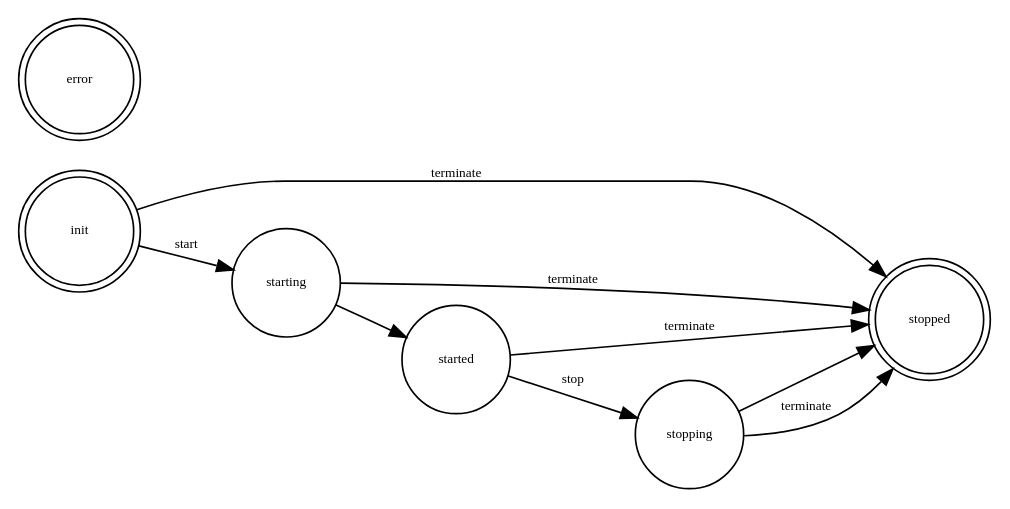
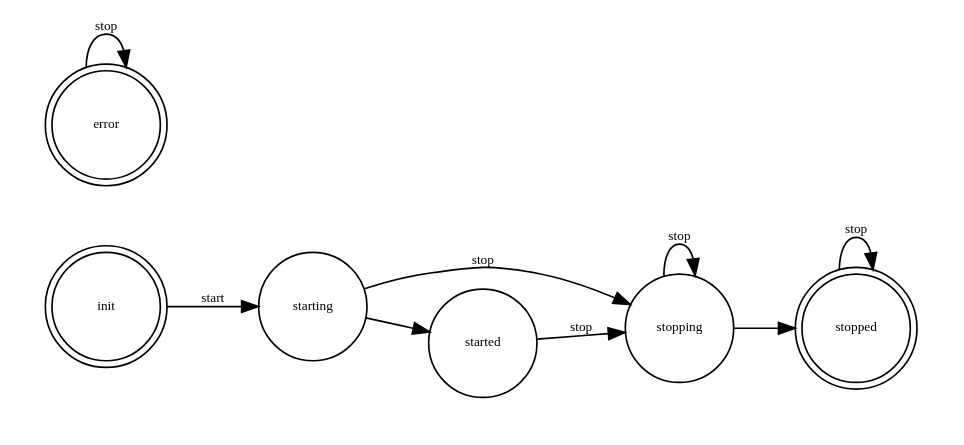
Before and after one commit to kcallin/haka-mqtt: the third of 4 diagrams in doc/source/reactor_lifecycle.rst, drawn with Graphviz. The commit also changed other lines of this file, not shown here.

Commit message:
Updated reactor_lifecycle state diagrams.

```diff
--- a/doc/source/reactor_lifecycle.rst
+++ b/doc/source/reactor_lifecycle.rst
@@ -36,21 +78,26 @@
 .. graphviz::
 
-    digraph TERMINATE {
+    digraph START {
         node [shape=circle,fontsize=8,fixedsize=true,width=0.9];
         edge [fontsize=8];
         rankdir=LR;
 
         "init" [shape="doublecircle"];
         "stopped" [shape="doublecircle"];
         "error" [shape="doublecircle"];
 
-        "init" -> "starting" [label="start"];
-        "starting" -> "started";
-        "started" -> "stopping" [label="stop"];
-        "stopping" -> "stopped";
+        subgraph cluster0 {
+            graph[style="invisible"];
 
-        "init" -> "stopped" [label="terminate"];
-        "starting" -> "stopped" [label="terminate"];
-        "started" -> "stopped" [label="terminate"];
-        "stopping" -> "stopped"  [label="terminate"];
+            "init" -> "starting" [label="start"];
+            "starting" -> "started";
+            "started" -> "stopping" [label="stop"];
+            "stopping" -> "stopped";
+        }
+
+        "error" -> "error" [label="stop"];
+
+        "stopped" -> "stopped" [label="stop"];
+        "starting" -> "stopping" [label="stop"];
+        "stopping" -> "stopping" [label="stop"];
     }
```
